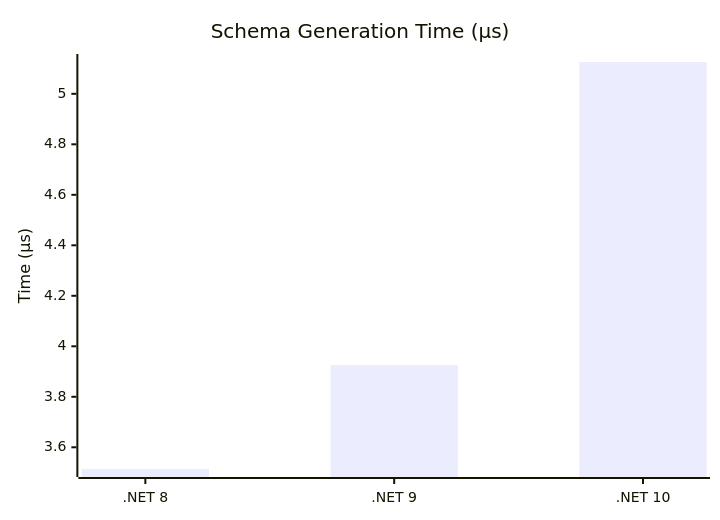
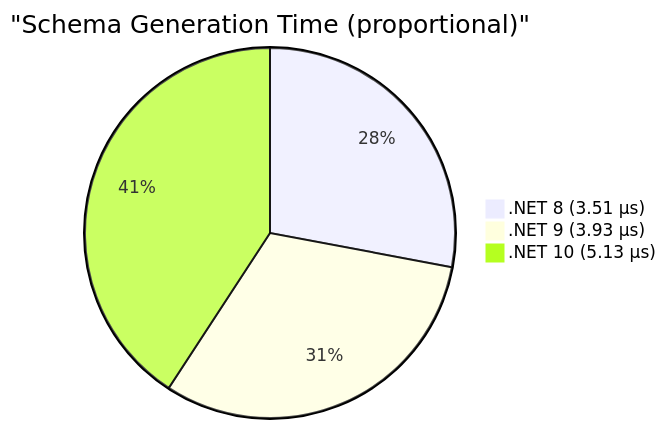
The diagram in Writerside/topics/schema_operations1.md (IsMikeTaken/ProtobuffEncoder), drawn with Mermaid before and after one commit. The commit also changed other lines of this file and 64 other files, not shown here.

````diff
--- a/Writerside/topics/schema_operations1.md
+++ b/Writerside/topics/schema_operations1.md
@@ -19,7 +19,6 @@
 ```mermaid
-xychart-beta
-    title "Schema Generation Time (μs)"
-    x-axis [".NET 8", ".NET 9", ".NET 10"]
-    y-axis "Time (μs)"
-    bar [3.514, 3.926, 5.126]
+pie title "Schema Generation Time (proportional)"
+    ".NET 8 (3.51 μs)" : 3514
+    ".NET 9 (3.93 μs)" : 3926
+    ".NET 10 (5.13 μs)" : 5126
 ```
````
